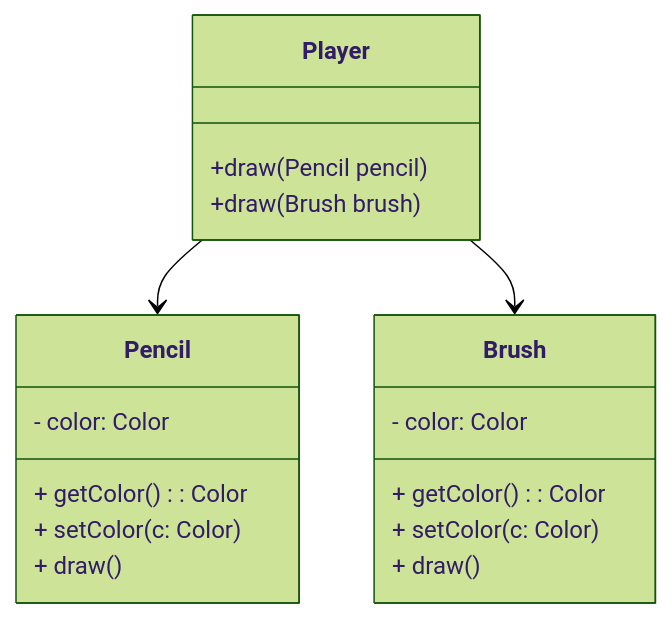
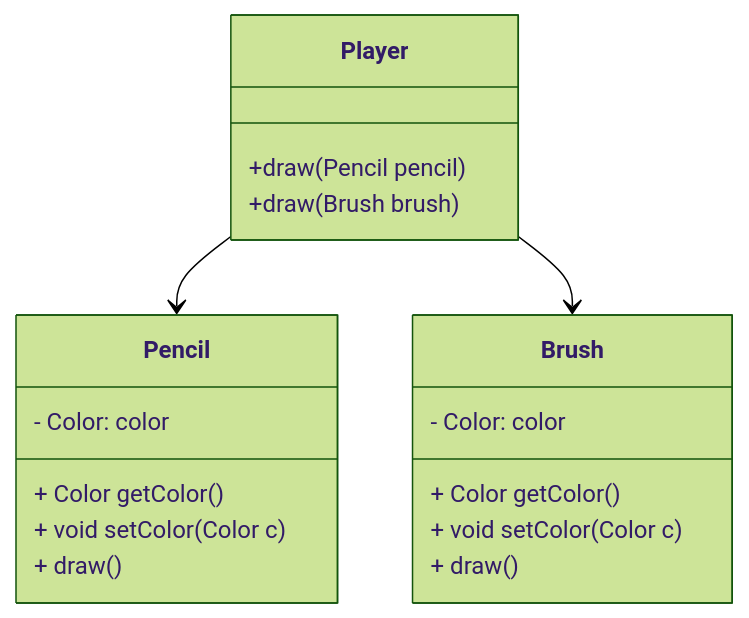
The second of 10 diagrams in slides/E3.3 - Java Classes (Interfaces, abstract classes).md (nbicocchi/learn-java-core), drawn with Mermaid (forest theme) before and after one commit. The commit also changed other lines of this file and 1 other file, not shown here.

````diff
--- a/slides/E3.3 - Java Classes (Interfaces, abstract classes).md
+++ b/slides/E3.3 - Java Classes (Interfaces, abstract classes).md
@@ -33,25 +31,25 @@
 ```mermaid
 classDiagram
-   class Pencil {
-      - color: Color
-      + getColor(): Color
-      + setColor(c: Color)
-      + draw()
+   class Pencil { 
+       - Color: color
+       + Color getColor()
+       + void setColor(Color c)
+       + draw()
    }
 
    class Brush {
-      - color: Color
-      + getColor(): Color
-      + setColor(c: Color)
-      + draw()
+       - Color: color
+       + Color getColor()
+       + void setColor(Color c)
+       + draw()
    }
 
     class Player {
         +draw(Pencil pencil)
         +draw(Brush brush)
     }
 
     Player --> Pencil
     Player --> Brush
 
 ```
````
